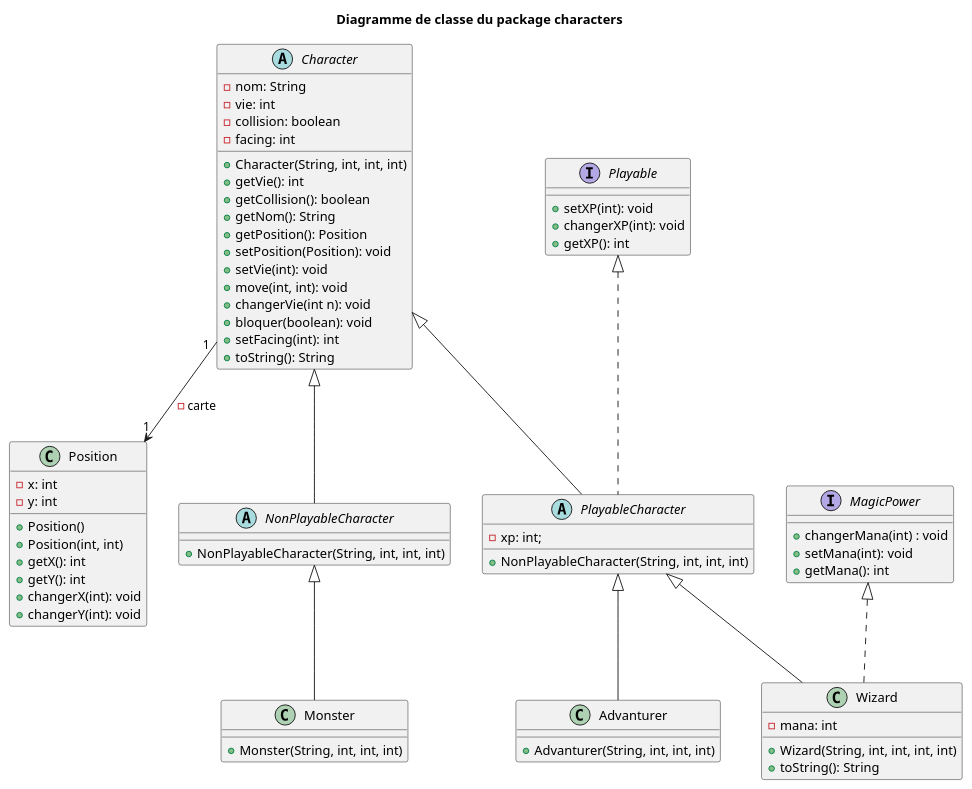
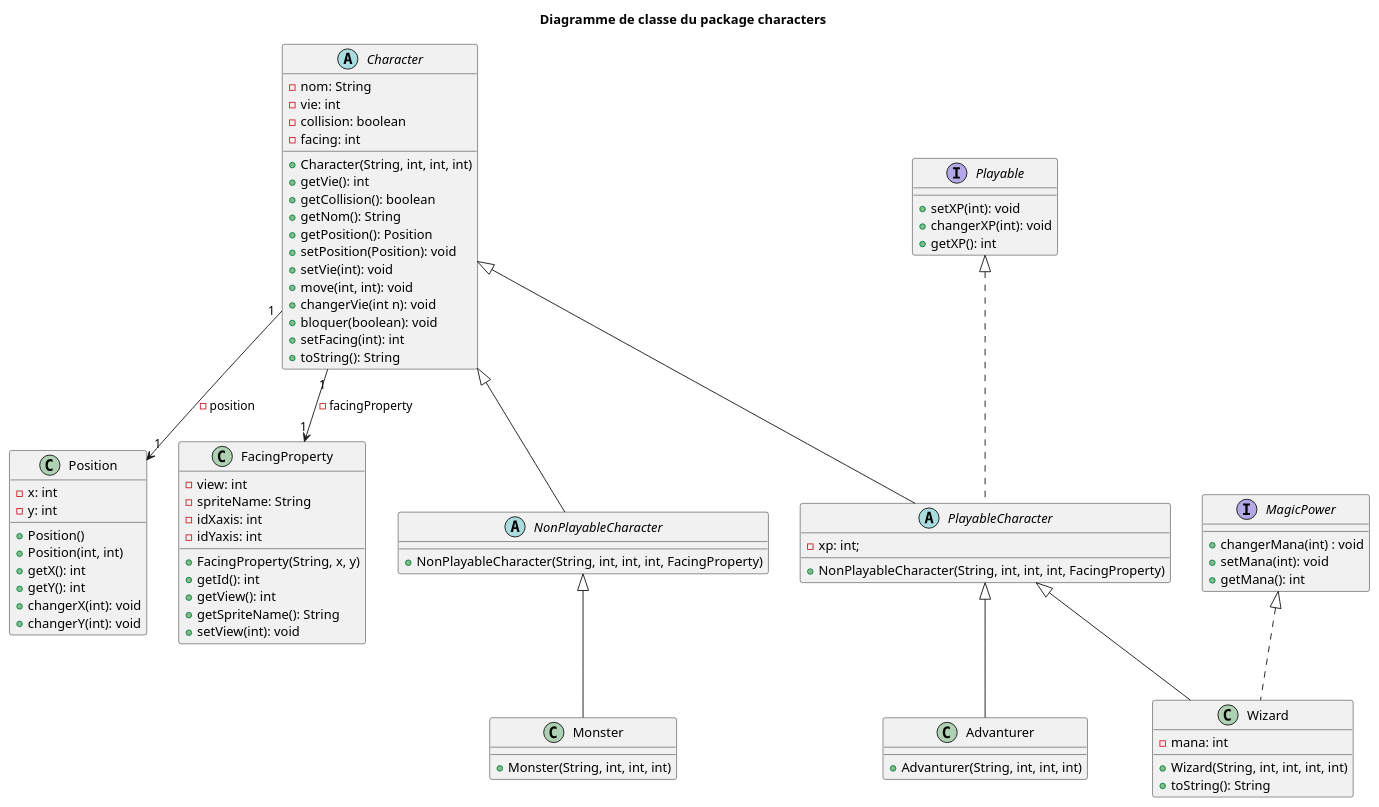
Before and after one commit to JeuFore/2020_COO_Zeldiablo_chastin3u_kieffe183u_chapell22u: the diagram in src/code/characters/diagClasse.wsd, drawn with PlantUML.

Commit message:
Ajout de FacingProperty dans le diagramme de classe

```diff
--- a/src/code/characters/diagClasse.wsd
+++ b/src/code/characters/diagClasse.wsd
@@ -1,70 +1,84 @@
 @startuml
 
 title Diagramme de classe du package characters
 
-Character "1" --> "1" Position : - carte
+Character "1" --> "1" Position : - position
+
+Character "1" --> "1" FacingProperty : - facingProperty
 
 abstract class Character {
     + Character(String, int, int, int)
     - nom: String
     - vie: int
     - collision: boolean
     - facing: int
     + getVie(): int
     + getCollision(): boolean
     + getNom(): String
     + getPosition(): Position
     + setPosition(Position): void
     + setVie(int): void 
     + move(int, int): void
     + changerVie(int n): void
     + bloquer(boolean): void
     + setFacing(int): int
     + toString(): String
 }
 
 interface Playable {
     + setXP(int): void
     + changerXP(int): void
     + getXP(): int
 }
 
 interface MagicPower {
     + changerMana(int) : void
     + setMana(int): void
     + getMana(): int
 }
 
 abstract class NonPlayableCharacter extends Character {
-    + NonPlayableCharacter(String, int, int, int)
+    + NonPlayableCharacter(String, int, int, int, FacingProperty)
 }
 abstract class PlayableCharacter extends Character implements Playable {
     - xp: int;
-    + NonPlayableCharacter(String, int, int, int)
+    + NonPlayableCharacter(String, int, int, int, FacingProperty)
 }
 
 class Advanturer extends PlayableCharacter {
     + Advanturer(String, int, int, int)
 }
 class Wizard extends PlayableCharacter implements MagicPower {
     - mana: int
     + Wizard(String, int, int, int, int)
     + toString(): String
 }
 
 class Monster extends NonPlayableCharacter {
     + Monster(String, int, int, int)
 }
 
 class Position {
     + Position()
     + Position(int, int)
     - x: int
     - y: int
     + getX(): int
     + getY(): int
     + changerX(int): void
     + changerY(int): void
 }
 
+class FacingProperty {
+    - view: int
+    - spriteName: String
+    - idXaxis: int
+    - idYaxis: int
+    + FacingProperty(String, x, y)
+    + getId(): int
+    + getView(): int
+    + getSpriteName(): String
+    + setView(int): void
+}
+
 @enduml
```
